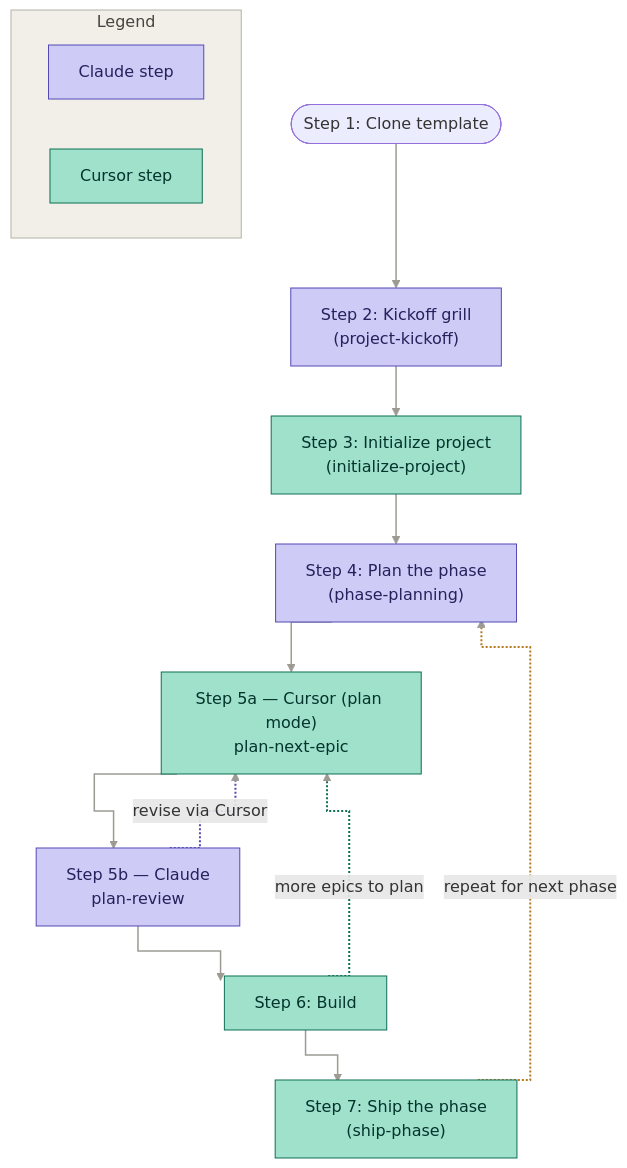
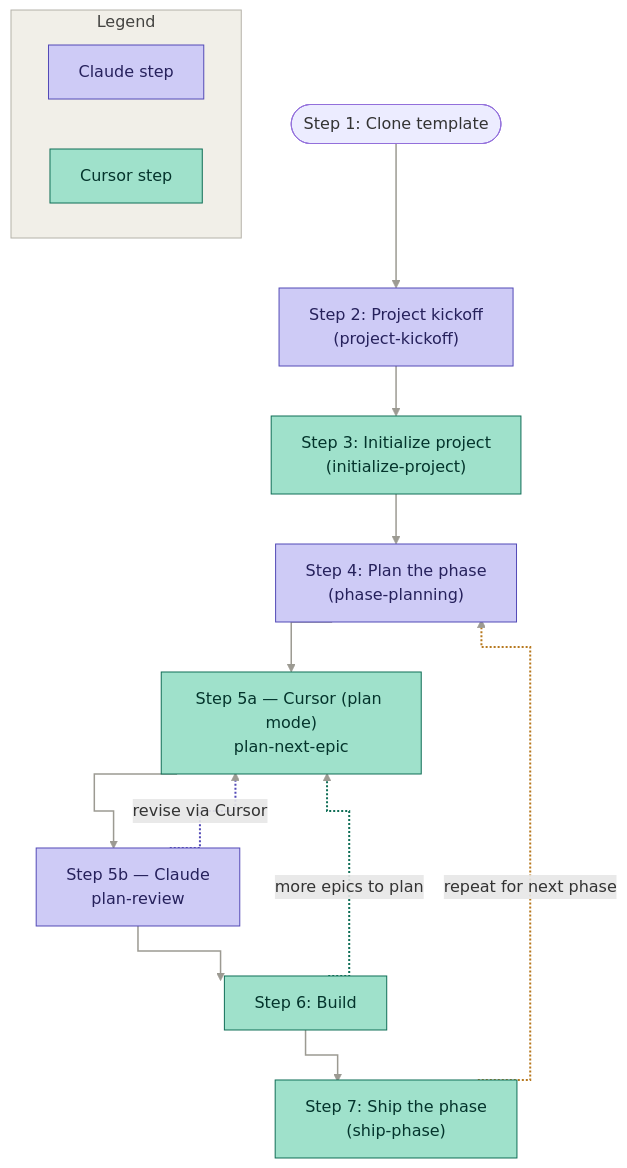
The diagram in docs/WORKFLOW_GUIDE.md (aaronwllms/seminova), drawn with Mermaid before and after one commit. The commit also changed other lines of this file and 6 other files, not shown here.

````diff
--- a/docs/WORKFLOW_GUIDE.md
+++ b/docs/WORKFLOW_GUIDE.md
@@ -122,35 +125,35 @@
 ```mermaid
 %%{init: {'flowchart': {'curve': 'stepAfter'}}}%%
 flowchart TD
     Start(["Step 1: Clone template"])
-    KG["Step 2: Kickoff grill<br/>(project-kickoff)"]
+    KG["Step 2: Project kickoff<br/>(project-kickoff)"]
     IP["Step 3: Initialize project<br/>(initialize-project)"]
     PP["Step 4: Plan the phase<br/>(phase-planning)"]
     P5["Step 5a — Cursor (plan mode)<br/>plan-next-epic"]
     R5["Step 5b — Claude<br/>plan-review"]
     BD["Step 6: Build"]
     SP["Step 7: Ship the phase<br/>(ship-phase)"]
 
     Start --> KG --> IP --> PP --> P5 --> R5 --> BD --> SP
     R5 -.->|"revise via Cursor"| P5
     BD -.->|"more epics to plan"| P5
     SP -.->|"repeat for next phase"| PP
 
     subgraph Legend["Legend"]
         direction LR
         L1["Claude step"]
         L2["Cursor step"]
     end
 
     classDef claudeStep fill:#CECBF6,stroke:#534AB7,color:#26215C
     classDef cursorStep fill:#9FE1CB,stroke:#0F6E56,color:#04342C
     class KG,PP,R5 claudeStep
     class IP,BD,SP,P5 cursorStep
     class L1 claudeStep
     class L2 cursorStep
     style Legend fill:#F1EFE8,stroke:#B4B2A9,color:#444441
     linkStyle default stroke:#9c9a92,stroke-width:1.5px
     linkStyle 7 stroke:#534AB7,stroke-width:2px
     linkStyle 8 stroke:#0F6E56,stroke-width:2px
     linkStyle 9 stroke:#B7791F,stroke-width:2px
 ```
````
